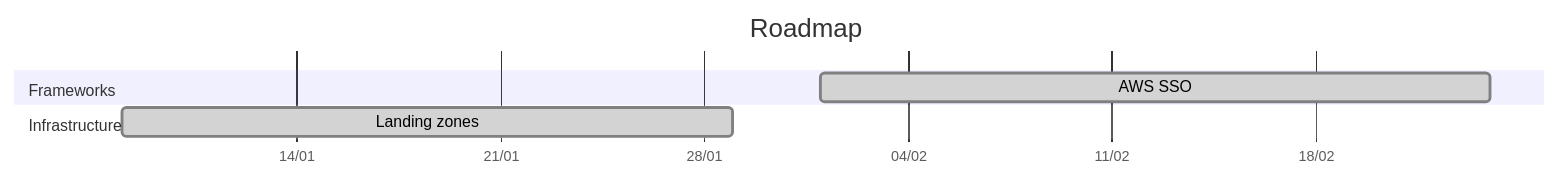
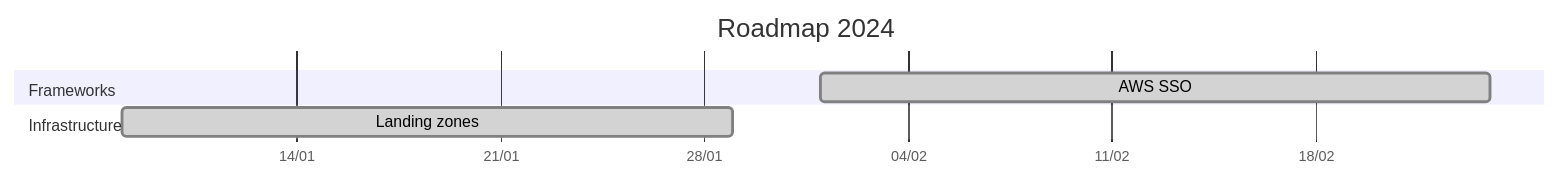
Before and after one commit to amilochau/amilochau: the first of 3 diagrams in docs/roadmap.md, drawn with Mermaid. The commit also changed other lines of this file, not shown here.

Commit message:
Update roadmap with more 2024 items

````diff
--- a/docs/roadmap.md
+++ b/docs/roadmap.md
@@ -9,16 +40,16 @@
 ```mermaid
 gantt
-  title Roadmap
+  title Roadmap 2024
   dateFormat YYYY-MM-DD
   axisFormat %d/%m
 
   section Frameworks
   AWS SSO           : done,         sso,               2024-02-01,               2024-02-24
 
   section Microservices
 
   section Infrastructure
   Landing zones     : done,         landing-zones,     2024-01-08,               2024-01-29
   
   section Business
 ```
````
